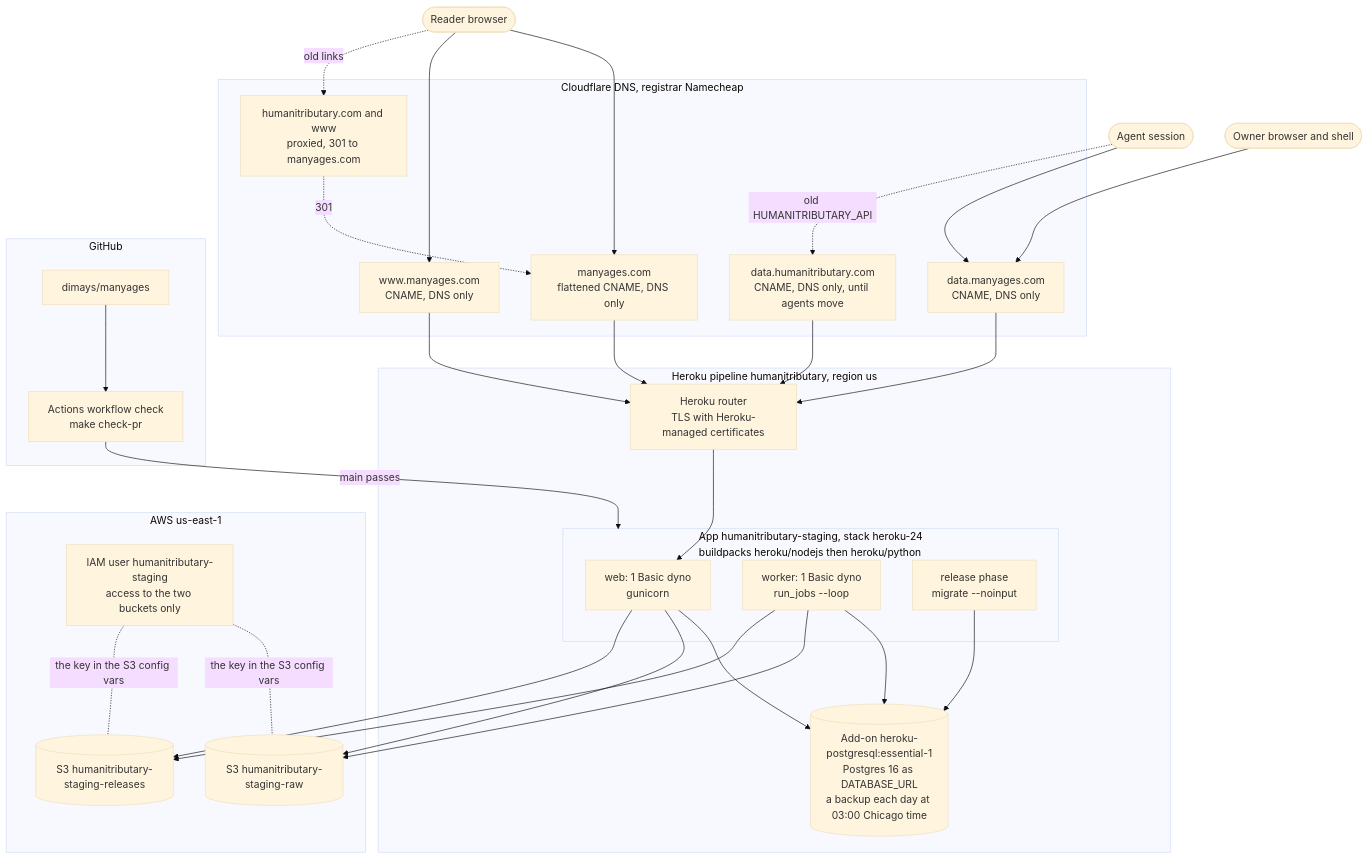
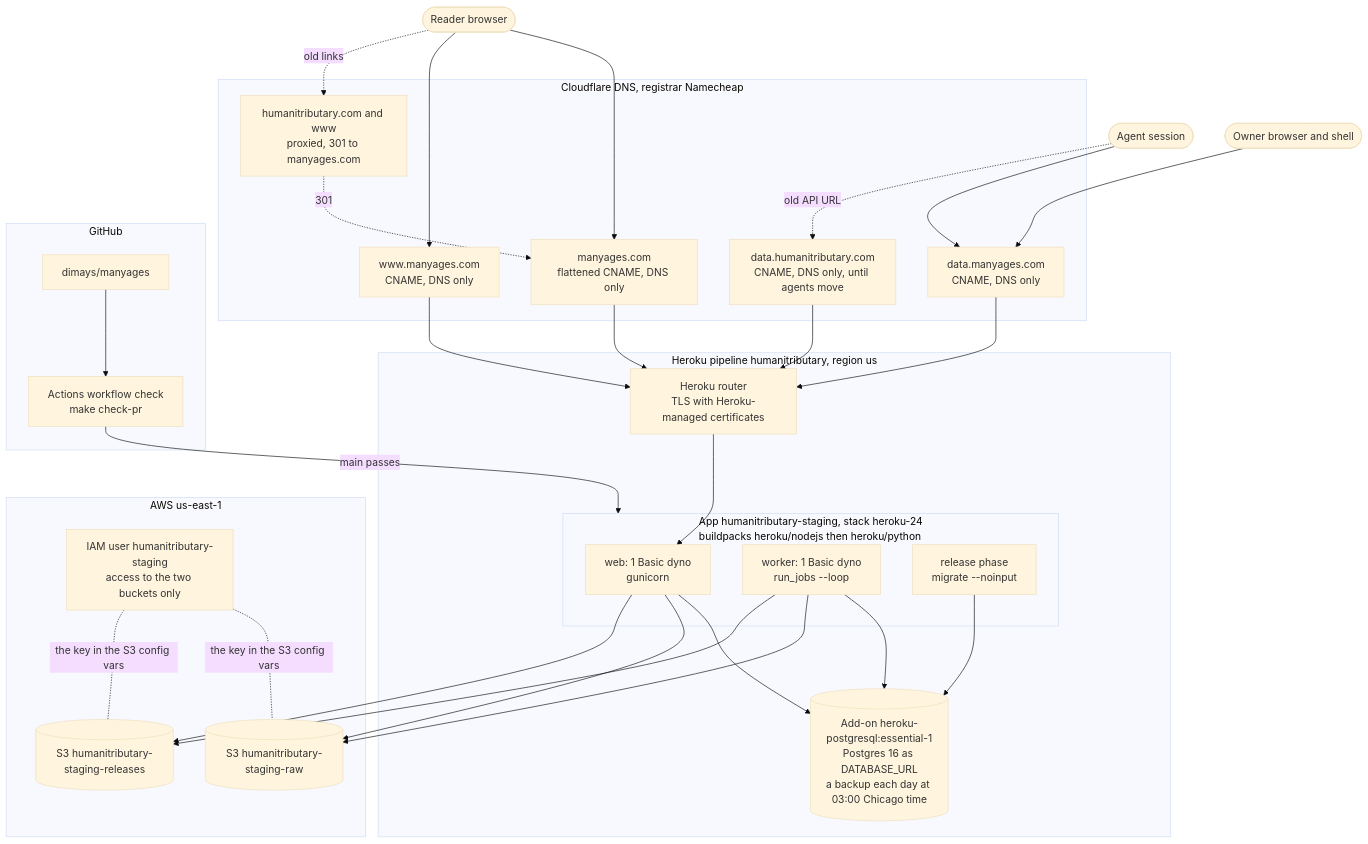
Before and after one commit to dimays/humanitributary: the fourth of 7 diagrams in docs/manual/architecture.md, drawn with Mermaid (base theme). The commit also changed 26 other files, not shown here.

````diff
--- a/docs/manual/architecture.md
+++ b/docs/manual/architecture.md
@@ -141,44 +141,44 @@
 ```mermaid
 flowchart TB
     reader(["Reader browser"])
     agent(["Agent session"])
     ownerb(["Owner browser and shell"])
     subgraph cf["Cloudflare DNS, registrar Namecheap"]
         dnsroot["manyages.com<br/>flattened CNAME, DNS only"]
         dnswww["www.manyages.com<br/>CNAME, DNS only"]
         dnsdata["data.manyages.com<br/>CNAME, DNS only"]
         dnsold["humanitributary.com and www<br/>proxied, 301 to manyages.com"]
         dnsolddata["data.humanitributary.com<br/>CNAME, DNS only, until agents move"]
     end
     subgraph hk["Heroku pipeline humanitributary, region us"]
         router["Heroku router<br/>TLS with Heroku-managed certificates"]
         subgraph app["App humanitributary-staging, stack heroku-24<br/>buildpacks heroku/nodejs then heroku/python"]
             web["web: 1 Basic dyno<br/>gunicorn"]
             worker["worker: 1 Basic dyno<br/>run_jobs --loop"]
             rp["release phase<br/>migrate --noinput"]
         end
         pg[("Add-on heroku-postgresql:essential-1<br/>Postgres 16 as DATABASE_URL<br/>a backup each day at 03:00 Chicago time")]
     end
     subgraph aws["AWS us-east-1"]
         iam["IAM user humanitributary-staging<br/>access to the two buckets only"]
         raw[("S3 humanitributary-staging-raw")]
         rel[("S3 humanitributary-staging-releases")]
     end
     subgraph ghub["GitHub"]
         repo["dimays/manyages"]
         ci["Actions workflow check<br/>make check-pr"]
     end
     reader --> dnsroot & dnswww
     reader -. "old links" .-> dnsold
     dnsold -. "301" .-> dnsroot
     agent --> dnsdata
-    agent -. "old HUMANITRIBUTARY_API" .-> dnsolddata
+    agent -. "old API URL" .-> dnsolddata
     ownerb --> dnsdata
     dnsroot & dnswww & dnsdata & dnsolddata --> router
     router --> web
     web & worker & rp --> pg
     web & worker --> raw & rel
     iam -. "the key in the S3 config vars" .- raw & rel
     repo --> ci
     ci -- "main passes" --> app
 ```
````
